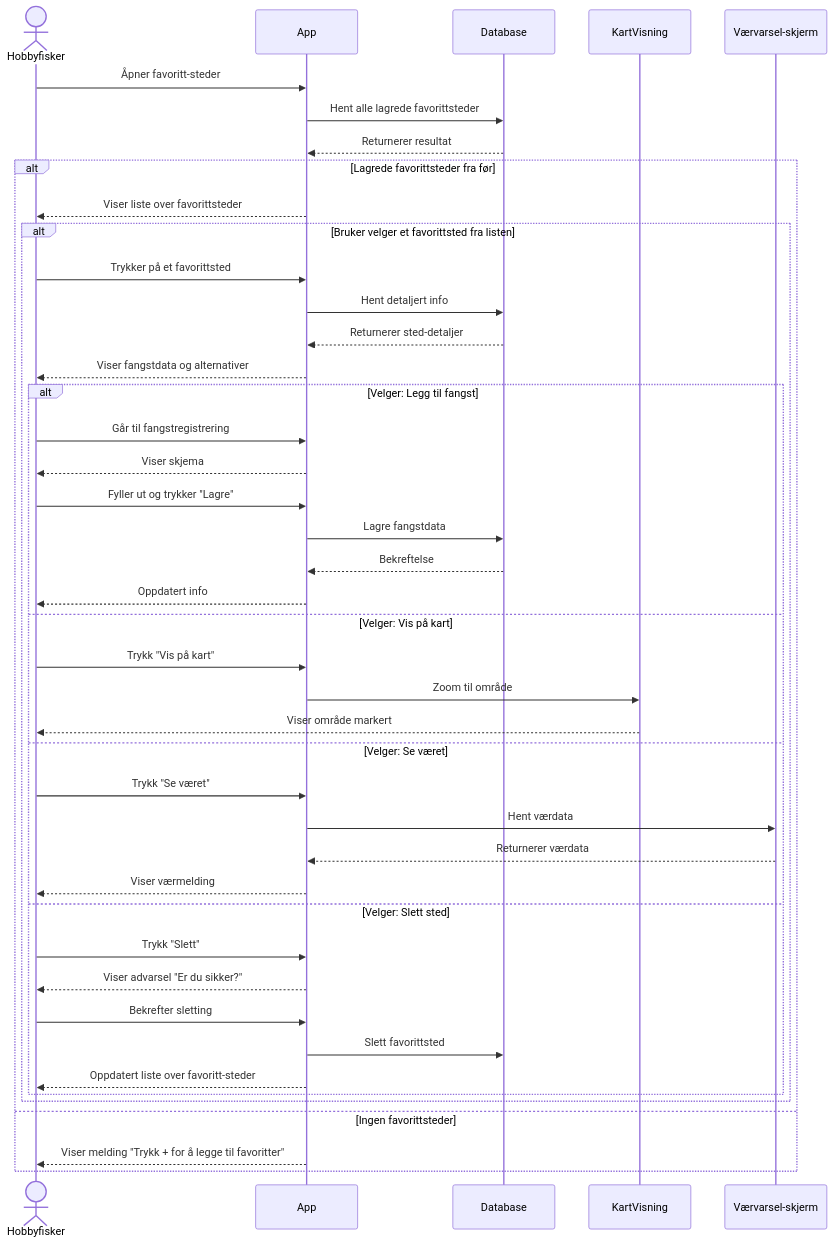
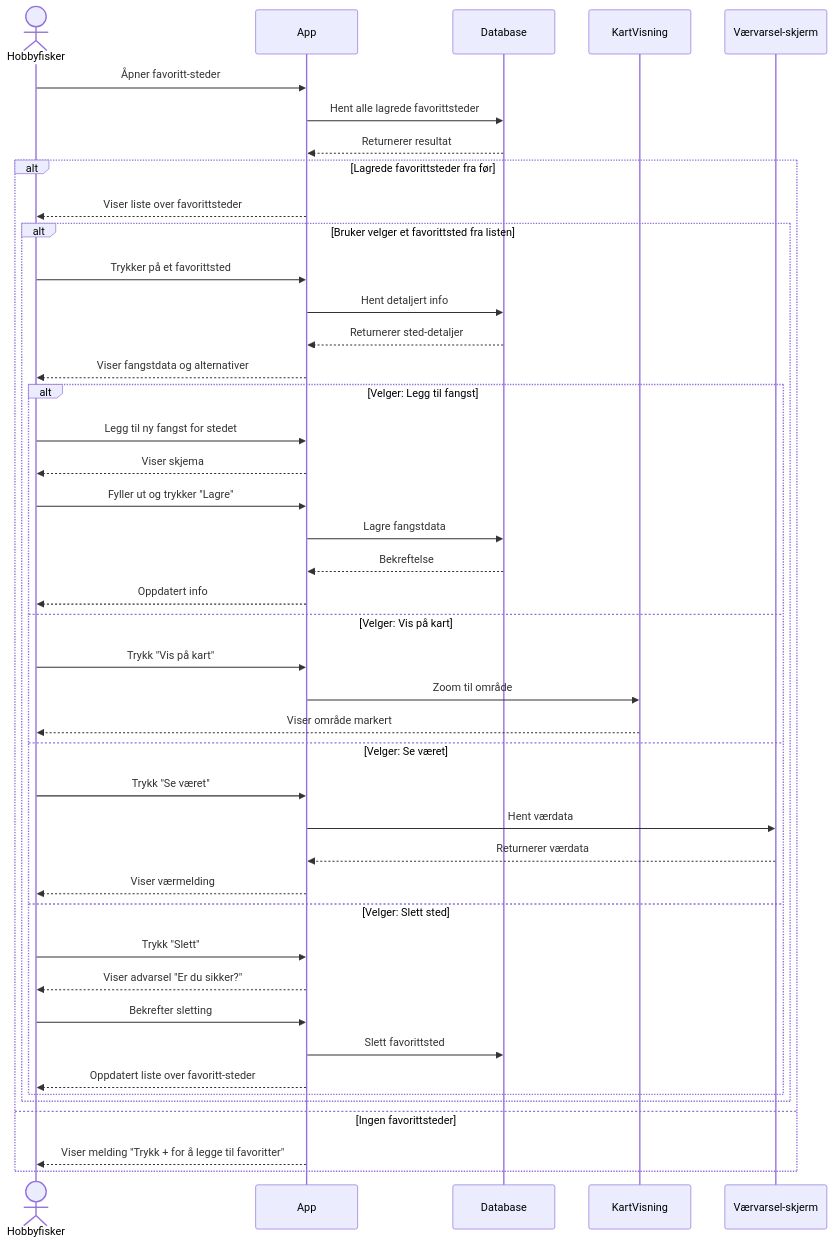
The diagram in modelling/sekvens_diagram_favorittsteder.md (jonesstoen/FiskeKlar), drawn with Mermaid before and after one commit.

````diff
--- a/modelling/sekvens_diagram_favorittsteder.md
+++ b/modelling/sekvens_diagram_favorittsteder.md
@@ -3,50 +3,50 @@
 ```mermaid
 sequenceDiagram
     actor Hobbyfisker
     participant App
     participant Database
     participant KartVisning
     participant Værvarsel-skjerm
 
     Hobbyfisker ->> App: Åpner favoritt-steder
     App ->> Database: Hent alle lagrede favorittsteder
     Database -->> App: Returnerer resultat
 
     alt Lagrede favorittsteder fra før
         App -->> Hobbyfisker: Viser liste over favorittsteder
 
         alt Bruker velger et favorittsted fra listen
             Hobbyfisker ->> App: Trykker på et favorittsted
             App ->> Database: Hent detaljert info
             Database -->> App: Returnerer sted-detaljer
             App -->> Hobbyfisker: Viser fangstdata og alternativer
 
             alt Velger: Legg til fangst
-                Hobbyfisker ->> App: Går til fangstregistrering
+                Hobbyfisker ->> App: Legg til ny fangst for stedet
                 App -->> Hobbyfisker: Viser skjema
                 Hobbyfisker ->> App: Fyller ut og trykker "Lagre"
                 App ->> Database: Lagre fangstdata
                 Database -->> App: Bekreftelse
                 App -->> Hobbyfisker: Oppdatert info
             else Velger: Vis på kart
                 Hobbyfisker ->> App: Trykk "Vis på kart"
                 App ->> KartVisning: Zoom til område
                 KartVisning -->> Hobbyfisker: Viser område markert
             else Velger: Se været
                 Hobbyfisker ->> App: Trykk "Se været"
                 App ->> Værvarsel-skjerm: Hent værdata
                 Værvarsel-skjerm -->> App: Returnerer værdata
                 App -->> Hobbyfisker: Viser værmelding
             else Velger: Slett sted
                 Hobbyfisker ->> App: Trykk "Slett"
                 App -->> Hobbyfisker: Viser advarsel "Er du sikker?"
                 Hobbyfisker ->> App: Bekrefter sletting
                 App ->> Database: Slett favorittsted
                 App -->> Hobbyfisker: Oppdatert liste over favoritt-steder
             end
         end
 
     else Ingen favorittsteder
         App -->> Hobbyfisker: Viser melding "Trykk + for å legge til favoritter"
     end
 ```
````
